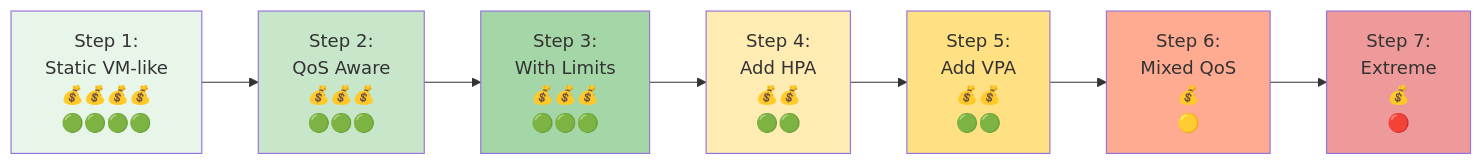
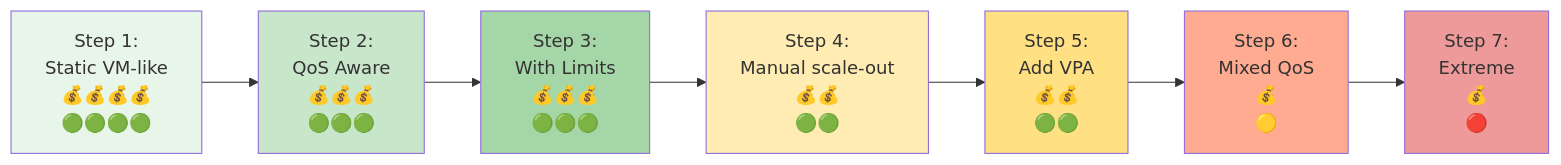
The first of 2 diagrams in k8s/bin-packing/README.md (abossard/k8s-demo-time), drawn with Mermaid before and after one commit. The commit also changed other lines of this file and 16 other files, not shown here.

````diff
--- a/k8s/bin-packing/README.md
+++ b/k8s/bin-packing/README.md
@@ -27,17 +27,17 @@
 ```mermaid
 flowchart LR
     A["Step 1:<br/>Static VM-like<br/>💰💰💰💰<br/>🟢🟢🟢🟢"] --> B["Step 2:<br/>QoS Aware<br/>💰💰💰<br/>🟢🟢🟢"]
     B --> C["Step 3:<br/>With Limits<br/>💰💰💰<br/>🟢🟢🟢"]
-    C --> D["Step 4:<br/>Add HPA<br/>💰💰<br/>🟢🟢"]
+    C --> D["Step 4:<br/>Manual scale-out<br/>💰💰<br/>🟢🟢"]
     D --> E["Step 5:<br/>Add VPA<br/>💰💰<br/>🟢🟢"]
     E --> F["Step 6:<br/>Mixed QoS<br/>💰<br/>🟡"]
     F --> G["Step 7:<br/>Extreme<br/>💰<br/>🔴"]
     
     style A fill:#e8f5e9
     style B fill:#c8e6c9
     style C fill:#a5d6a7
     style D fill:#ffecb3
     style E fill:#ffe082
     style F fill:#ffab91
     style G fill:#ef9a9a
 ```
````
